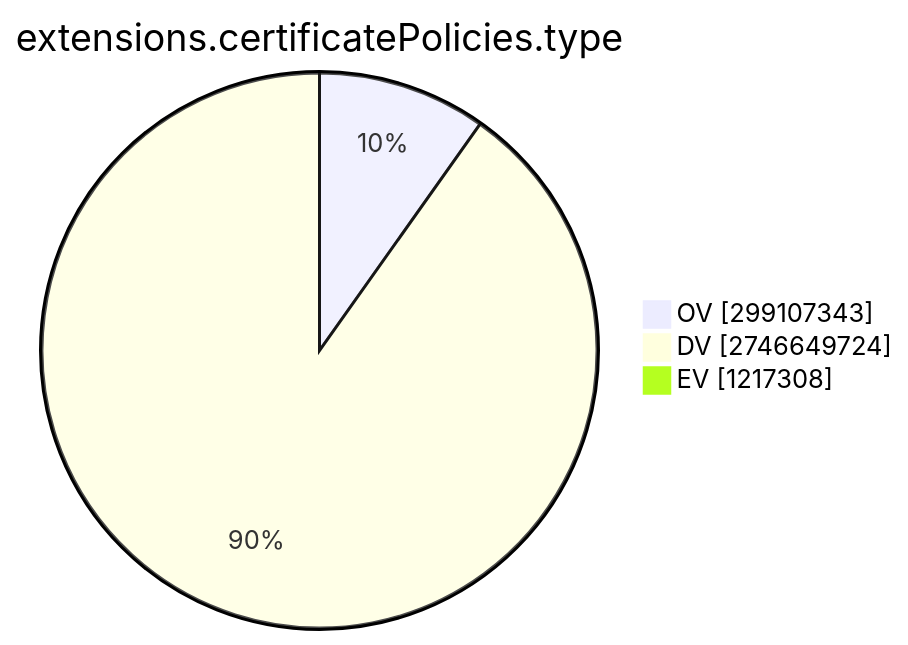
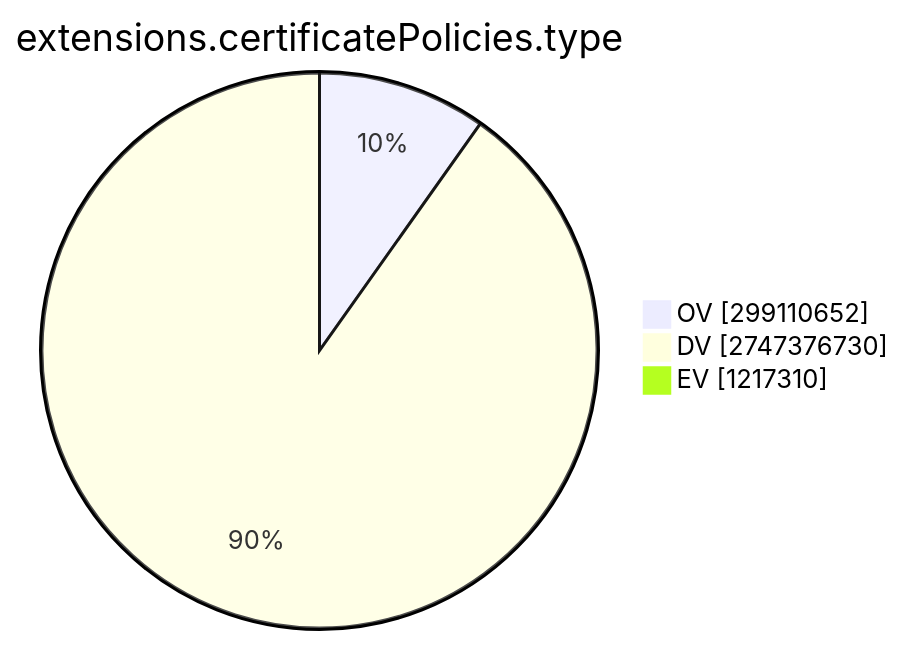
Before and after one commit to christiankrug/ctmonitor_visualization: the ninth of 15 diagrams in TOTAL/README.md, drawn with Mermaid. The commit also changed other lines of this file, not shown here.

````diff
--- a/TOTAL/README.md
+++ b/TOTAL/README.md
@@ -3100,7 +3100,7 @@
 ```mermaid
 pie showData
 title extensions.certificatePolicies.type
-"OV" :299107343
-"DV" :2746649724
-"EV" :1217308
+"OV" :299110652
+"DV" :2747376730
+"EV" :1217310
 ```
````
